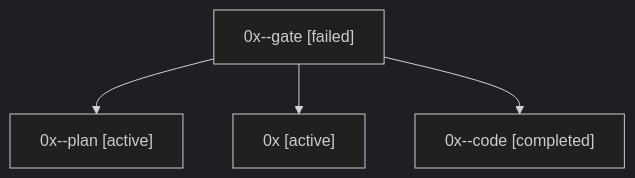
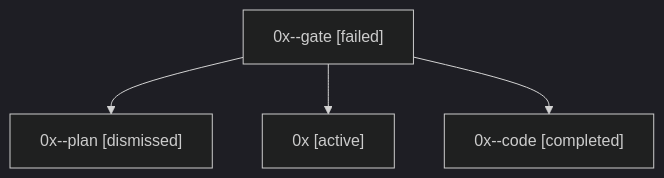
The diagram in sessions/bbugyi200.athena.0x.md (sase-org/sase--agents), drawn with Mermaid (dark theme) before and after one commit. The commit also changed other lines of this file and 35 other files, not shown here.

````diff
--- a/sessions/bbugyi200.athena.0x.md
+++ b/sessions/bbugyi200.athena.0x.md
@@ -9,10 +9,10 @@
 ```mermaid
 flowchart TD
   n0["0x--gate [failed]"]
-  n1["0x--plan [active]"]
+  n1["0x--plan [dismissed]"]
   n0 --> n1
   n2["0x [active]"]
   n0 --> n2
   n3["0x--code [completed]"]
   n0 --> n3
 ```
````
